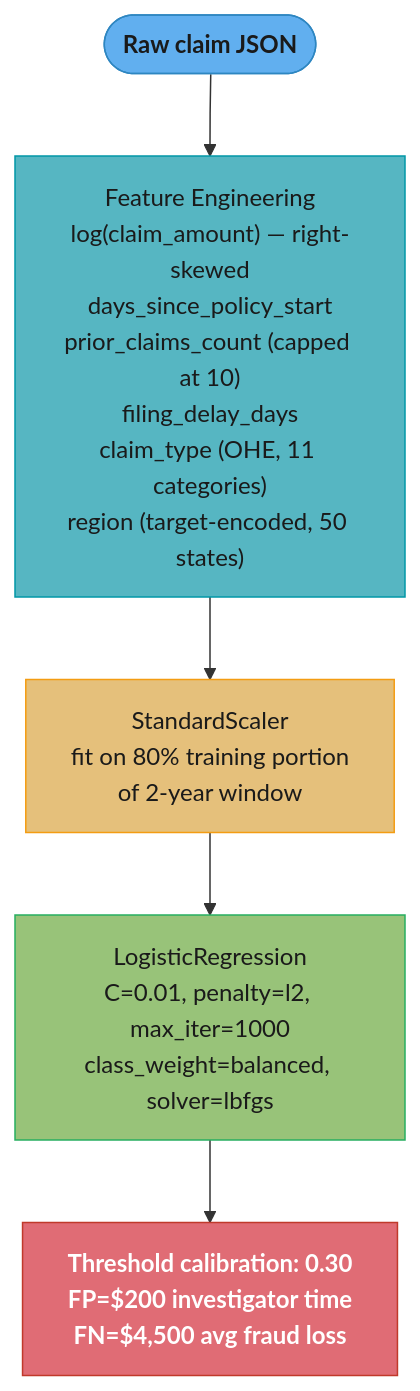
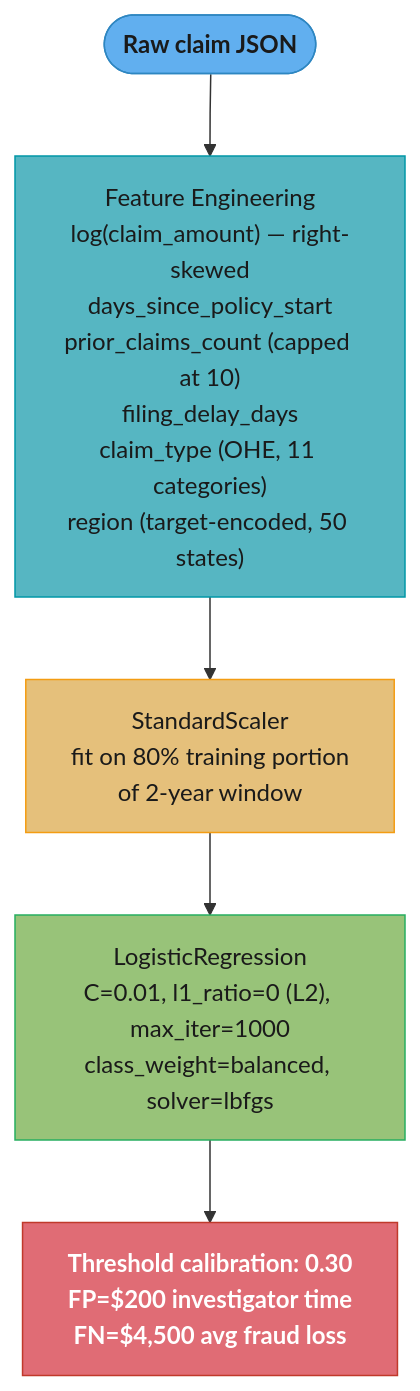
Before and after one commit to rppol/system-design: the seventh of 7 diagrams in src/main/java/com/rutik/systemdesign/ml/supervised_learning/linear_models.md, drawn with Mermaid. The commit also changed other lines of this file and 4 other files, not shown here.

````diff
--- a/src/main/java/com/rutik/systemdesign/ml/supervised_learning/linear_models.md
+++ b/src/main/java/com/rutik/systemdesign/ml/supervised_learning/linear_models.md
@@ -967,22 +970,22 @@
 ```mermaid
 %%{init: {'flowchart': {'curve': 'basis', 'nodeSpacing': 45, 'rankSpacing': 55}}}%%
 flowchart TD
     classDef io      fill:#61afef,stroke:#2e86c1,color:#1a1a1a,font-weight:bold
     classDef frozen  fill:#c678dd,stroke:#9b59b6,color:#fff
     classDef train   fill:#98c379,stroke:#27ae60,color:#1a1a1a
     classDef mathOp  fill:#d19a66,stroke:#e67e22,color:#1a1a1a,font-weight:bold
     classDef lossN   fill:#e06c75,stroke:#c0392b,color:#fff,font-weight:bold
     classDef req     fill:#56b6c2,stroke:#0097a7,color:#1a1a1a
     classDef base    fill:#e5c07b,stroke:#f39c12,color:#1a1a1a
 
     raw(["Raw claim JSON"]) --> fe["Feature Engineering<br/>log(claim_amount) — right-skewed<br/>days_since_policy_start<br/>prior_claims_count (capped at 10)<br/>filing_delay_days<br/>claim_type (OHE, 11 categories)<br/>region (target-encoded, 50 states)"]
     fe --> scaler["StandardScaler<br/>fit on 80% training portion<br/>of 2-year window"]
-    scaler --> lr["LogisticRegression<br/>C=0.01, penalty=l2, max_iter=1000<br/>class_weight=balanced, solver=lbfgs"]
+    scaler --> lr["LogisticRegression<br/>C=0.01, l1_ratio=0 (L2), max_iter=1000<br/>class_weight=balanced, solver=lbfgs"]
     lr --> thresh["Threshold calibration: 0.30<br/>FP=$200 investigator time<br/>FN=$4,500 avg fraud loss"]
 
     class raw io
     class fe req
     class scaler base
     class lr train
     class thresh lossN
 ```
````
